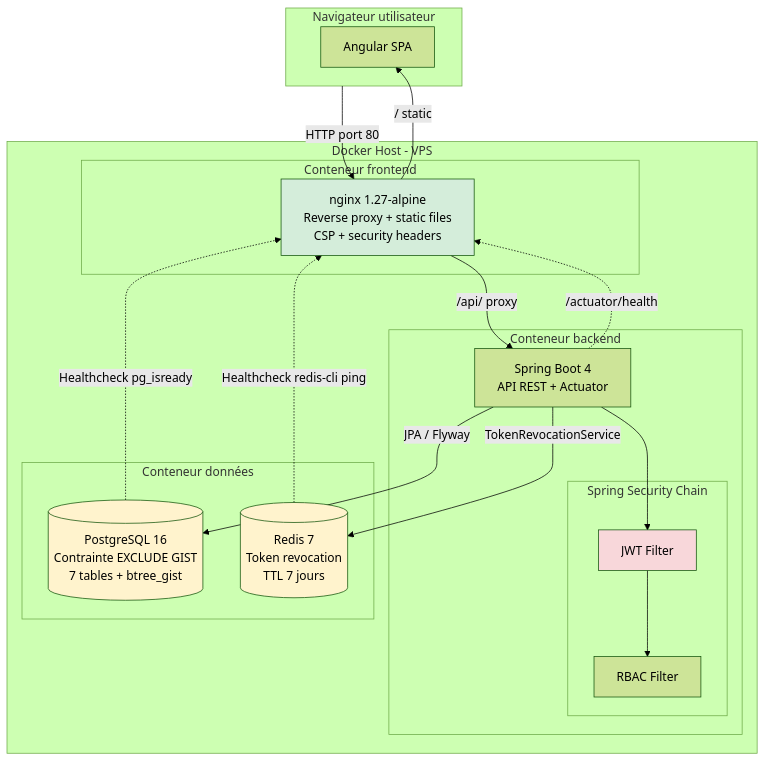
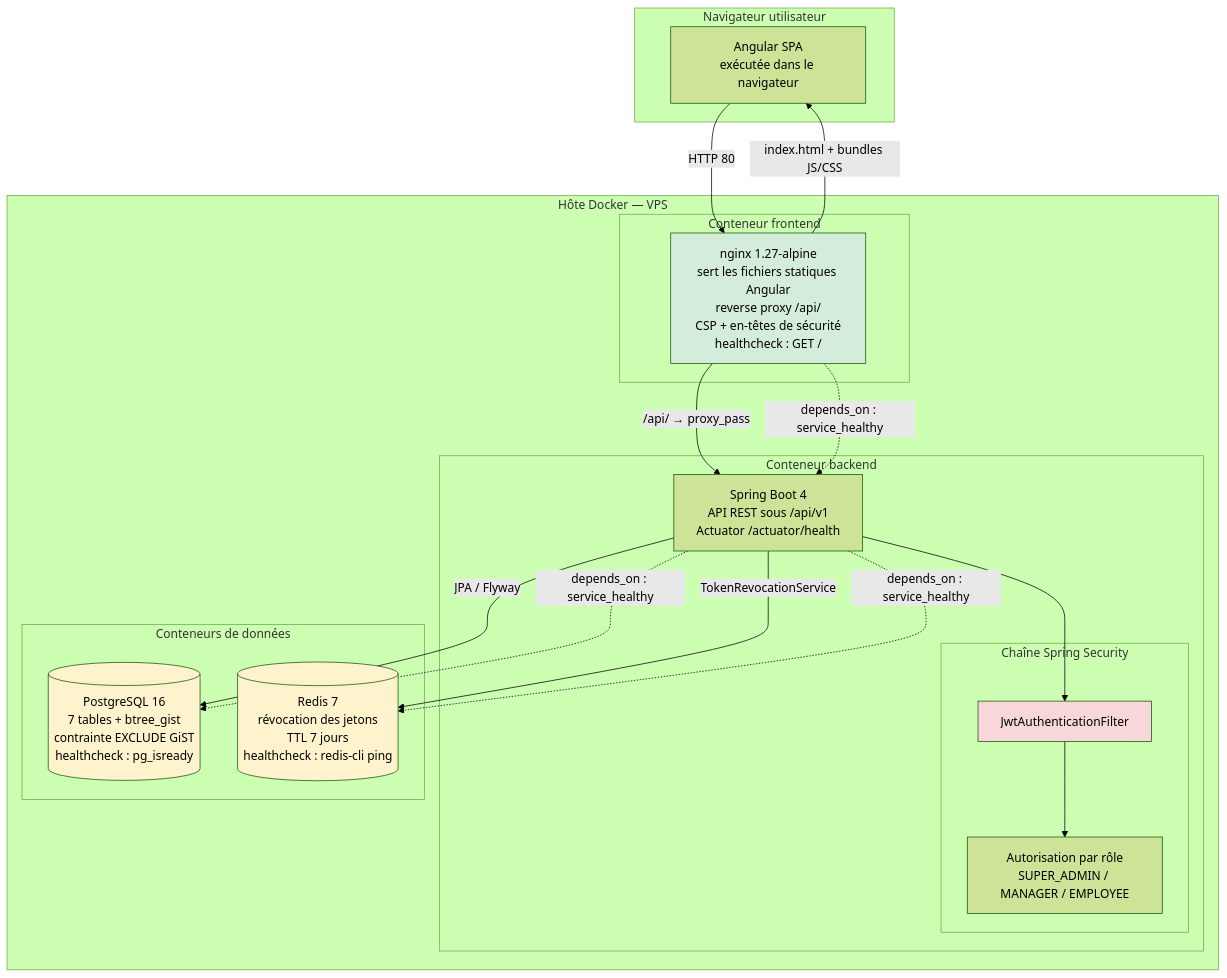
Before and after one commit to UBONGO2000/roomops: the diagram in docs/06-architecture-docker.md, drawn with Mermaid (forest theme). The commit also changed other lines of this file, not shown here.

Commit message:
Revise Docker deployment architecture documentation
Updated the architecture diagram and added explanations for components and healthchecks.

````diff
--- a/docs/06-architecture-docker.md
+++ b/docs/06-architecture-docker.md
@@ -3,43 +6,42 @@
 ```mermaid
-
 flowchart TB
-    subgraph Client[Navigateur utilisateur]
-        UI[Angular SPA]
+    subgraph Browser["Navigateur utilisateur"]
+        UI["Angular SPA<br/>exécutée dans le navigateur"]
     end
 
-    subgraph Docker[Docker Host - VPS]
-        subgraph Frontend[Conteneur frontend]
-            NGINX["nginx 1.27-alpine<br/>Reverse proxy + static files<br/>CSP + security headers"]
+    subgraph Host["Hôte Docker — VPS"]
+        subgraph Frontend["Conteneur frontend"]
+            NGINX["nginx 1.27-alpine<br/>sert les fichiers statiques Angular<br/>reverse proxy /api/<br/>CSP + en-têtes de sécurité<br/>healthcheck : GET /"]
         end
 
-        subgraph Backend[Conteneur backend]
-            SB["Spring Boot 4<br/>API REST + Actuator"]
-            subgraph Spring[Spring Security Chain]
-                JWT[JWT Filter]
-                RBAC[RBAC Filter]
+        subgraph Backend["Conteneur backend"]
+            SB["Spring Boot 4<br/>API REST sous /api/v1<br/>Actuator /actuator/health"]
+            subgraph Chain["Chaîne Spring Security"]
+                JWT["JwtAuthenticationFilter"]
+                RBAC["Autorisation par rôle<br/>SUPER_ADMIN / MANAGER / EMPLOYEE"]
             end
         end
 
-        subgraph Data[Conteneur données]
-            PG[("PostgreSQL 16<br/>Contrainte EXCLUDE GIST<br/>7 tables + btree_gist")]
-            RD[("Redis 7<br/>Token revocation<br/>TTL 7 jours")]
+        subgraph Data["Conteneurs de données"]
+            PG[("PostgreSQL 16<br/>7 tables + btree_gist<br/>contrainte EXCLUDE GiST<br/>healthcheck : pg_isready")]
+            RD[("Redis 7<br/>révocation des jetons<br/>TTL 7 jours<br/>healthcheck : redis-cli ping")]
         end
     end
 
-    Client -->|HTTP port 80| NGINX
-    NGINX -->|/api/ proxy| SB
-    NGINX -->|/ static| UI
+    UI -->|"HTTP 80"| NGINX
+    NGINX -->|"index.html + bundles JS/CSS"| UI
+    NGINX -->|"/api/ → proxy_pass"| SB
     SB --> JWT
     JWT --> RBAC
-    SB -->|JPA / Flyway| PG
-    SB -->|TokenRevocationService| RD
-    SB -.->|/actuator/health| NGINX
-    RD -.->|Healthcheck redis-cli ping| NGINX
-    PG -.->|Healthcheck pg_isready| NGINX
+    SB -->|"JPA / Flyway"| PG
+    SB -->|"TokenRevocationService"| RD
+
+    SB -.->|"depends_on : service_healthy"| PG
+    SB -.->|"depends_on : service_healthy"| RD
+    NGINX -.->|"depends_on : service_healthy"| SB
 
     style NGINX fill:#d4edda
     style PG fill:#fff3cd
     style RD fill:#fff3cd
     style JWT fill:#f8d7da
-
 ```
````
